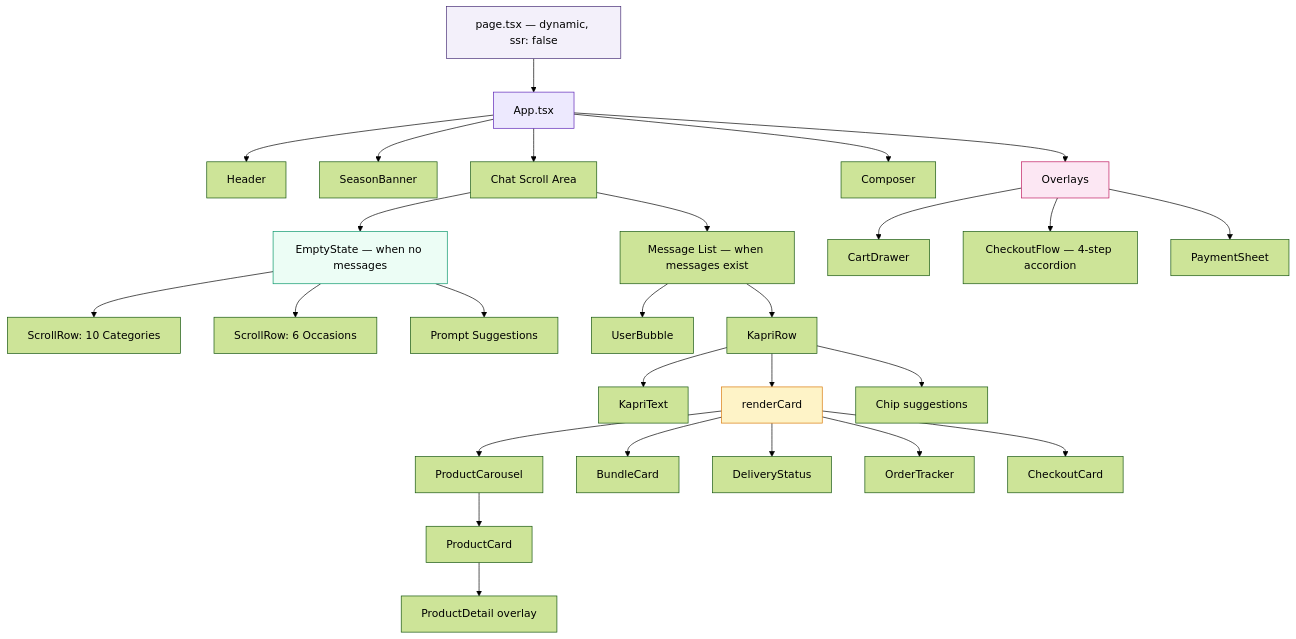
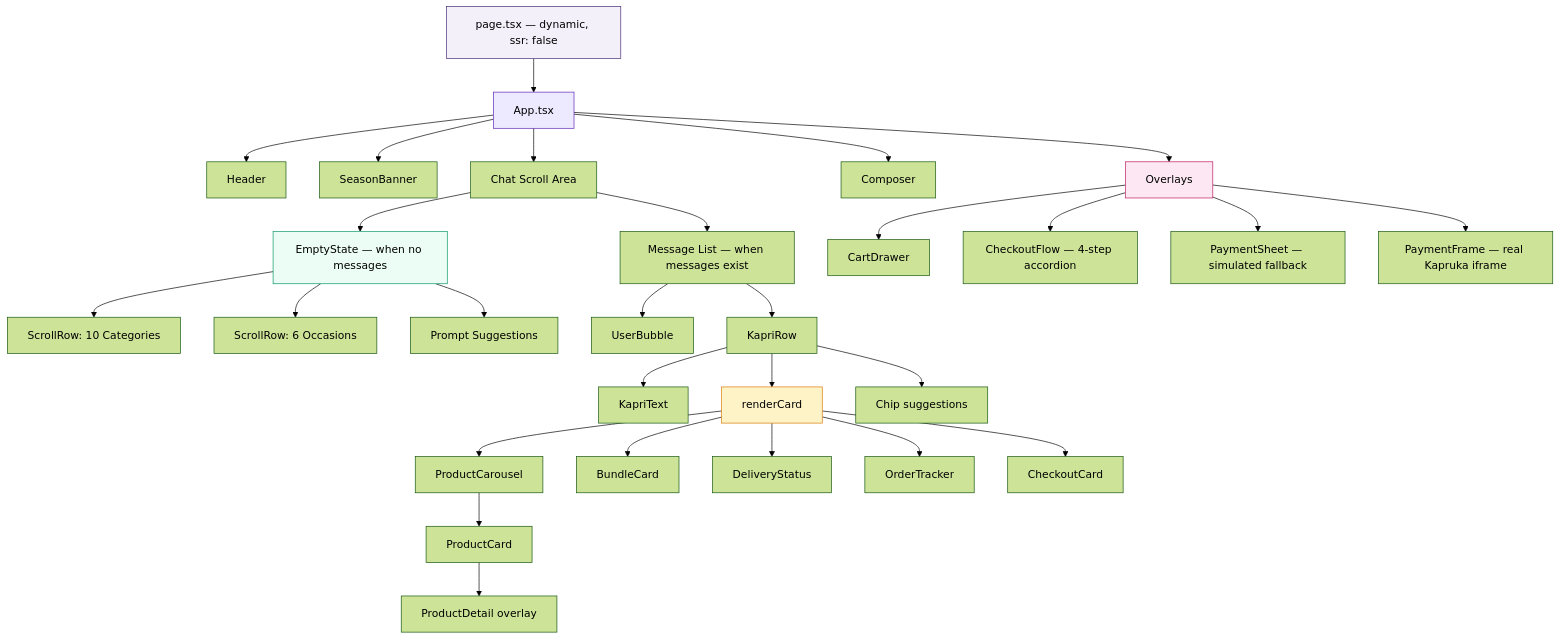
Before and after one commit to LasaKaru/kapri: the eighth of 8 diagrams in README.md, drawn with Mermaid (forest theme). The commit also changed other lines of this file, not shown here.

First line of the commit message:
docs: update README for real payments, Haiku 4.5, and hardened MCP integration

````diff
--- a/README.md
+++ b/README.md
@@ -290,42 +413,43 @@
 ```mermaid
 graph TD
     PAGE["page.tsx — dynamic, ssr: false"] --> APP["App.tsx"]
 
     APP --> HEADER["Header"]
     APP --> SEASON["SeasonBanner"]
     APP --> SCROLL["Chat Scroll Area"]
     APP --> COMPOSER["Composer"]
     APP --> OVERLAYS["Overlays"]
 
     SCROLL --> EMPTY["EmptyState — when no messages"]
     SCROLL --> MSGS["Message List — when messages exist"]
 
     EMPTY --> SROW1["ScrollRow: 10 Categories"]
     EMPTY --> SROW2["ScrollRow: 6 Occasions"]
     EMPTY --> PROMPTS["Prompt Suggestions"]
 
     MSGS --> UB["UserBubble"]
     MSGS --> KR["KapriRow"]
     KR --> KT["KapriText"]
     KR --> CARD["renderCard"]
     KR --> CHIPS["Chip suggestions"]
 
     CARD --> PC["ProductCarousel"]
     CARD --> BC["BundleCard"]
     CARD --> DS["DeliveryStatus"]
     CARD --> OT["OrderTracker"]
     CARD --> CHK["CheckoutCard"]
 
     PC --> PCARD["ProductCard"]
     PCARD --> PD["ProductDetail overlay"]
 
     OVERLAYS --> CARTD["CartDrawer"]
     OVERLAYS --> CHKF["CheckoutFlow — 4-step accordion"]
-    OVERLAYS --> PAYS["PaymentSheet"]
+    OVERLAYS --> PAYS["PaymentSheet — simulated fallback"]
+    OVERLAYS --> PAYF["PaymentFrame — real Kapruka iframe"]
 
     style PAGE fill:#f3f0fa,stroke:#442A73
     style APP fill:#ede9fe,stroke:#5b21b6
     style CARD fill:#fef3c7,stroke:#d97706
     style OVERLAYS fill:#fce7f3,stroke:#be185d
     style EMPTY fill:#ecfdf5,stroke:#059669
 ```
````
